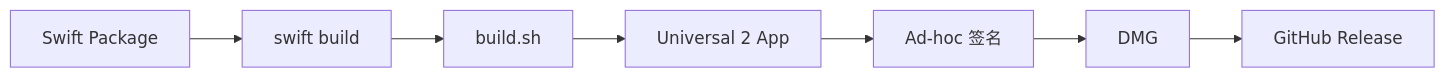
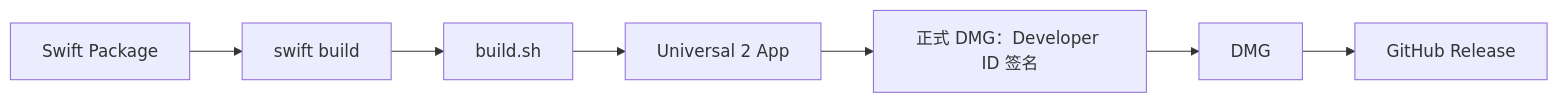
Before and after one commit to koi-lee/KeepAwake: the second of 2 diagrams in docs/项目流程图.md, drawn with Mermaid. The commit also changed 27 other files, not shown here.

````diff
--- a/docs/项目流程图.md
+++ b/docs/项目流程图.md
@@ -22,9 +22,9 @@
 ```mermaid
 flowchart LR
     A[Swift Package] --> B[swift build]
     B --> C[build.sh]
     C --> D[Universal 2 App]
-    D --> E[Ad-hoc 签名]
+    D --> E[正式 DMG：Developer ID 签名]
     E --> F[DMG]
     F --> G[GitHub Release]
 ```
````
